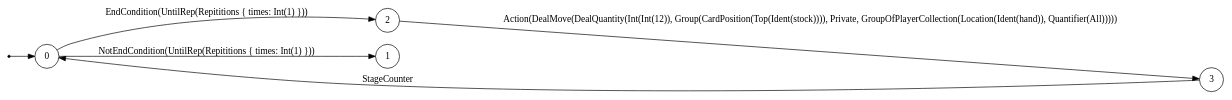
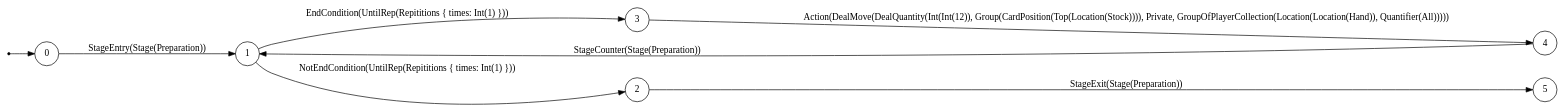
The diagram in ir/tests_out/stage.dot (mentalcardgames/mcg), drawn with Graphviz before and after one commit. The commit also changed 18 other files, not shown here.

```diff
--- a/ir/tests_out/stage.dot
+++ b/ir/tests_out/stage.dot
@@ -1,10 +1,12 @@
 digraph FSM {
   rankdir=LR;
   node [shape = circle];
-  0 -> 2 [label="EndCondition(UntilRep(Repititions { times: Int(1) }))"];
-  3 -> 0 [label="StageCounter"];
-  2 -> 3 [label="Action(DealMove(DealQuantity(Int(Int(12)), Group(CardPosition(Top(Ident(stock)))), Private, GroupOfPlayerCollection(Location(Ident(hand)), Quantifier(All)))))"];
-  0 -> 1 [label="NotEndCondition(UntilRep(Repititions { times: Int(1) }))"];
+  2 -> 5 [label="StageExit(Stage(Preparation))"];
+  4 -> 1 [label="StageCounter(Stage(Preparation))"];
+  1 -> 2 [label="NotEndCondition(UntilRep(Repititions { times: Int(1) }))"];
+  1 -> 3 [label="EndCondition(UntilRep(Repititions { times: Int(1) }))"];
+  3 -> 4 [label="Action(DealMove(DealQuantity(Int(Int(12)), Group(CardPosition(Top(Location(Stock)))), Private, GroupOfPlayerCollection(Location(Location(Hand)), Quantifier(All)))))"];
+  0 -> 1 [label="StageEntry(Stage(Preparation))"];
   start [shape=point];
   start -> 0;
 }
```
